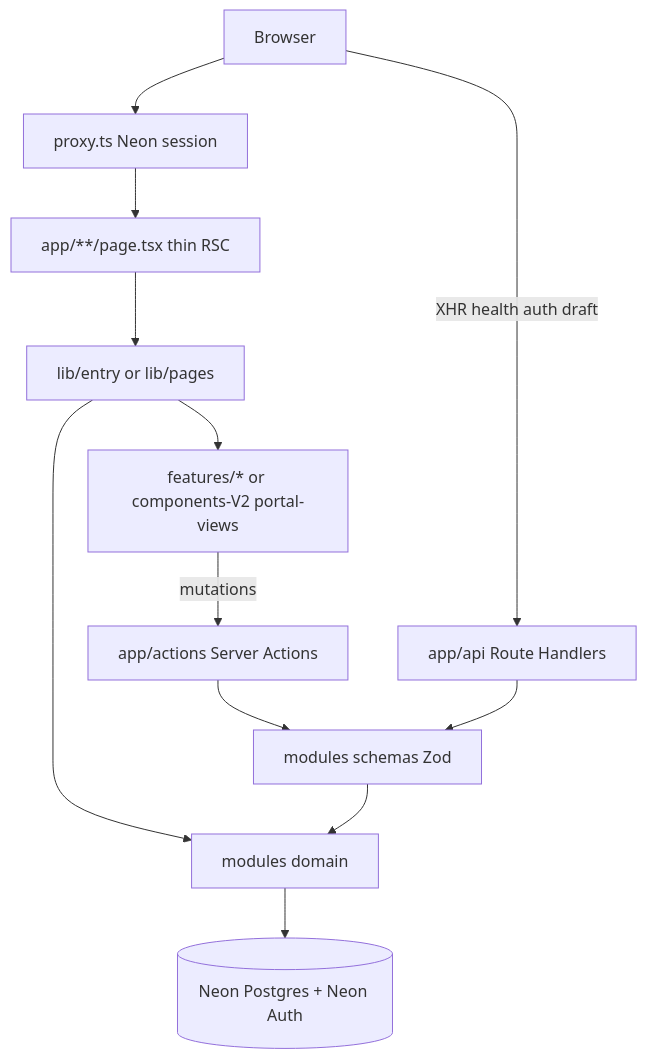
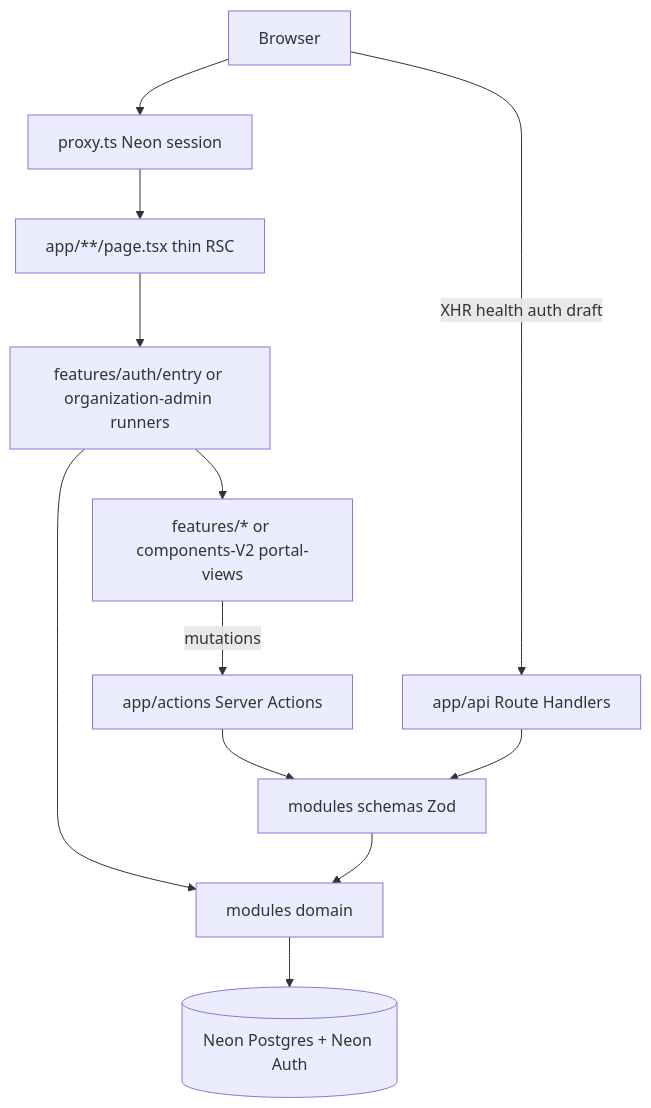
Before and after one commit to pohlai88/afenda-lite: the diagram in doc/frontend/01-architecture.md, drawn with Mermaid. The commit also changed 43 other files, not shown here.

````diff
--- a/doc/frontend/01-architecture.md
+++ b/doc/frontend/01-architecture.md
@@ -8,25 +8,25 @@
 ```mermaid
 flowchart TD
   browser[Browser]
   proxy[proxy.ts Neon session]
   page[app/**/page.tsx thin RSC]
-  entry[lib/entry or lib/pages]
+  entry[features/auth/entry or organization-admin runners]
   feature[features/* or components-V2 portal-views]
   action[app/actions Server Actions]
   api[app/api Route Handlers]
   schema[modules schemas Zod]
   domain[modules domain]
   neon[(Neon Postgres + Neon Auth)]
 
   browser --> proxy
   proxy --> page
   page --> entry
   entry --> feature
   entry --> domain
   feature -->|mutations| action
   browser -->|XHR health auth draft| api
   action --> schema
   api --> schema
   schema --> domain
   domain --> neon
 ```
````
